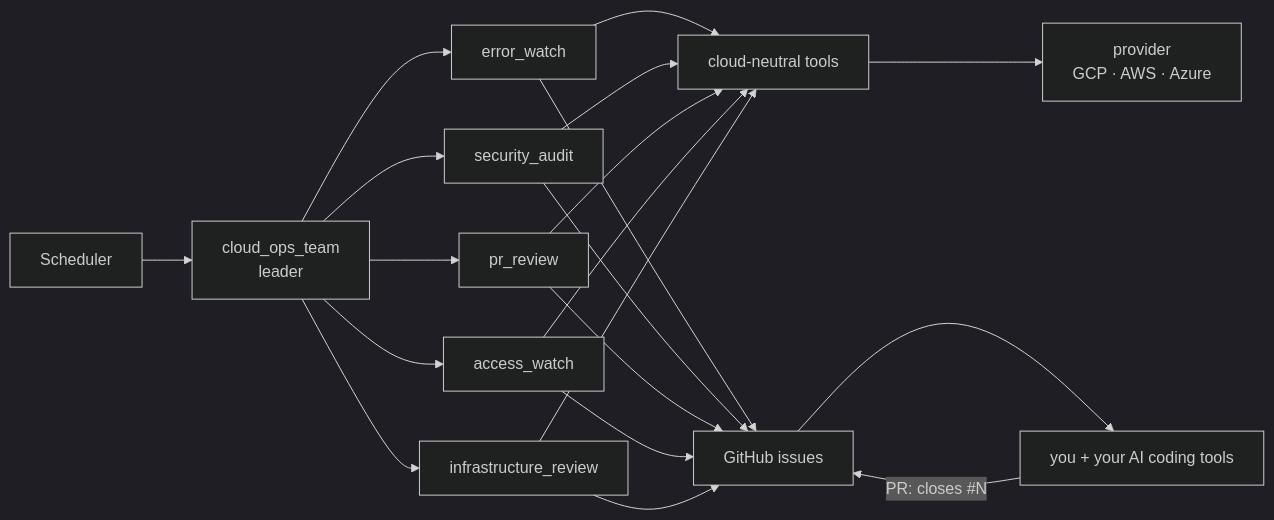
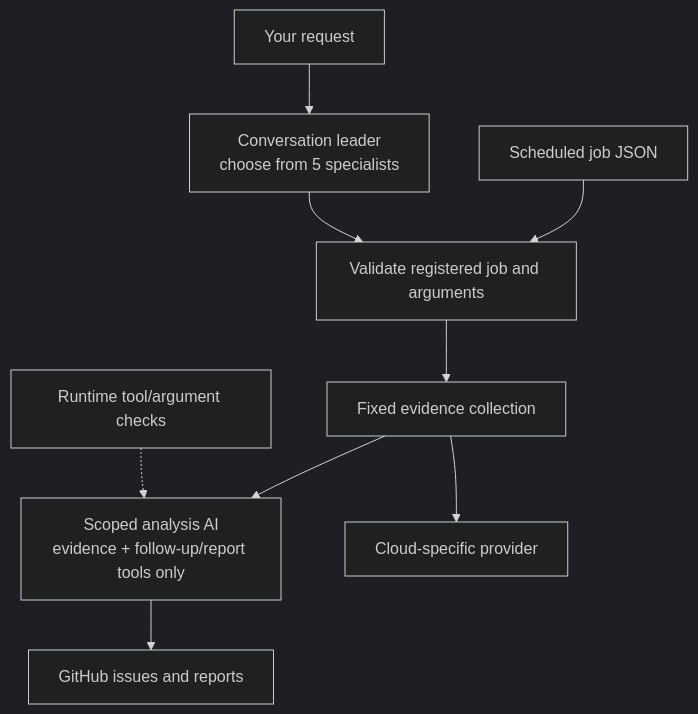
The diagram in README.en.md (atsuki-sakai/cloud-ops-team), drawn with Mermaid (dark theme) before and after one commit. The commit also changed other lines of this file and 30 other files, not shown here.

````diff
--- a/README.en.md
+++ b/README.en.md
@@ -30,10 +31,11 @@
 ```mermaid
-flowchart LR
-    SCH["Scheduler"] --> ROOT["cloud_ops_team<br/>leader"]
-    ROOT --> EW["error_watch"] & SA["security_audit"] & PR["pr_review"] & AW["access_watch"] & IR["infrastructure_review"]
-    EW & SA & PR & AW & IR --> TOOLS["cloud-neutral tools"]
-    TOOLS --> PROV["provider<br/>GCP · AWS · Azure"]
-    EW & SA & PR & AW & IR --> GH["GitHub issues"]
-    GH --> HUMAN["you + your AI coding tools"]
-    HUMAN -- "PR: closes #N" --> GH
+flowchart TB
+    SCH["Scheduled job JSON"] --> R["Validate registered job and arguments"]
+    Q["Your request"] --> L["Conversation leader<br/>choose from 5 specialists"]
+    L --> R
+    R --> C["Fixed evidence collection"]
+    C --> A["Scoped analysis AI<br/>evidence + follow-up/report tools only"]
+    C --> P["Cloud-specific provider"]
+    A --> G["GitHub issues and reports"]
+    S["Runtime tool/argument checks"] -.-> A
 ```
````
